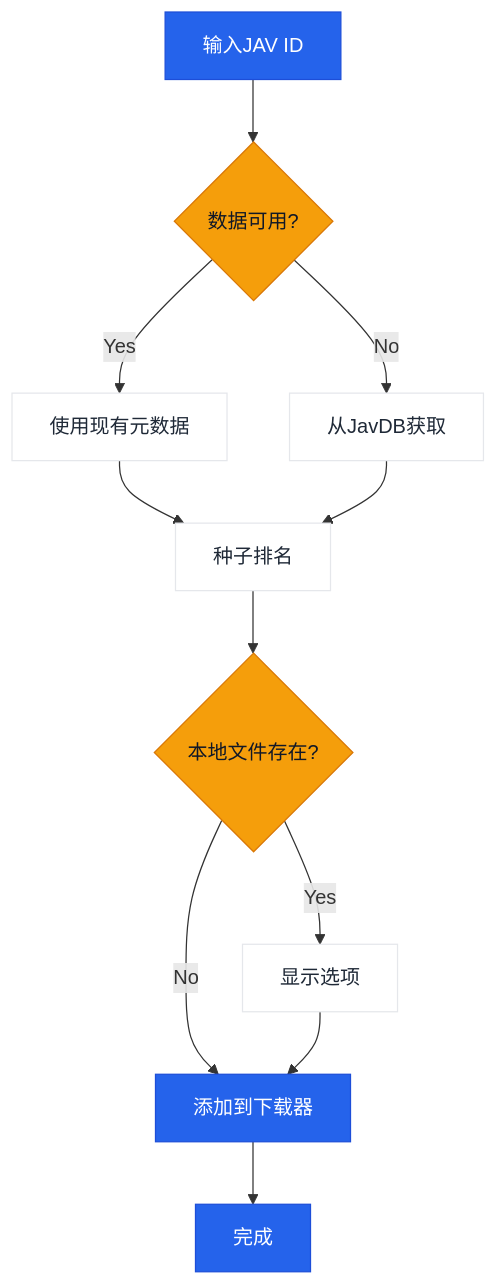
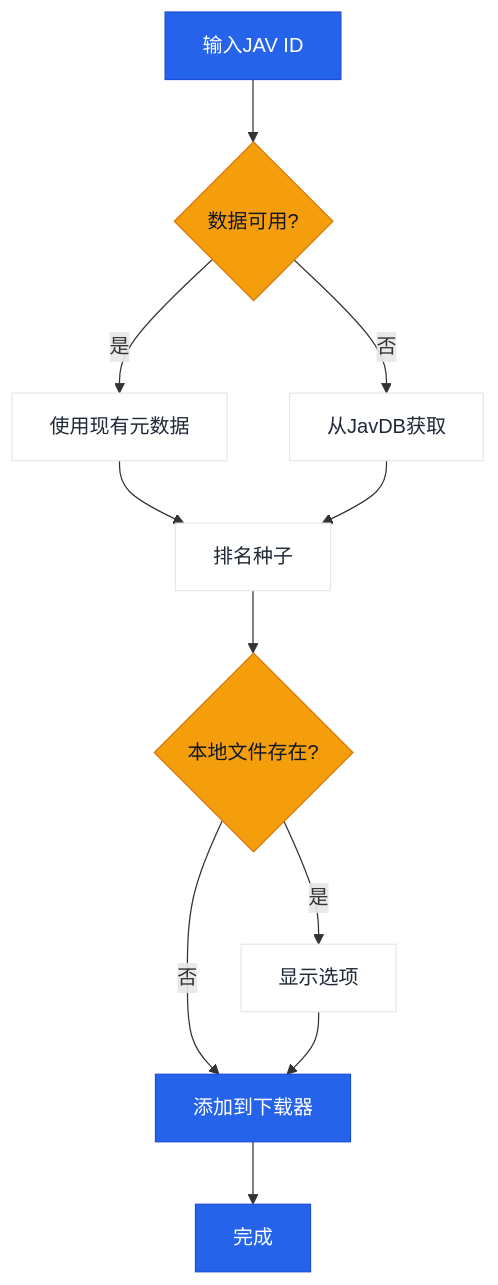
One commit to jqknono/jav-manager changed the diagram in README.zh-CN.md. Above: the diagram before and after it, drawn with Mermaid. The commit also changed other lines of this file and 26 other files, not shown here.

````diff
--- a/README.zh-CN.md
+++ b/README.zh-CN.md
@@ -19,21 +21,21 @@
 ```mermaid
 flowchart TD
     A[输入JAV ID] --> B{数据可用?}
-    B -->|Yes| C[使用现有元数据]
-    B -->|No| D[从JavDB获取]
-    C --> E[种子排名]
+    B -->|是| C[使用现有元数据]
+    B -->|否| D[从JavDB获取]
+    C --> E[排名种子]
     D --> E
     E --> F{本地文件存在?}
-    F -->|Yes| G[显示选项]
-    F -->|No| H[添加到下载器]
+    F -->|是| G[显示选项]
+    F -->|否| H[添加到下载器]
     G --> H
     H --> I[完成]
 
     classDef primary fill:#2563eb,stroke:#1d4ed8,color:#ffffff;
     classDef decision fill:#f59e0b,stroke:#d97706,color:#111827;
     classDef neutral fill:#ffffff,stroke:#e5e7eb,color:#1f2937;
 
     class A,H,I primary;
     class B,F decision;
     class C,D,E,G neutral;
 ```
````
